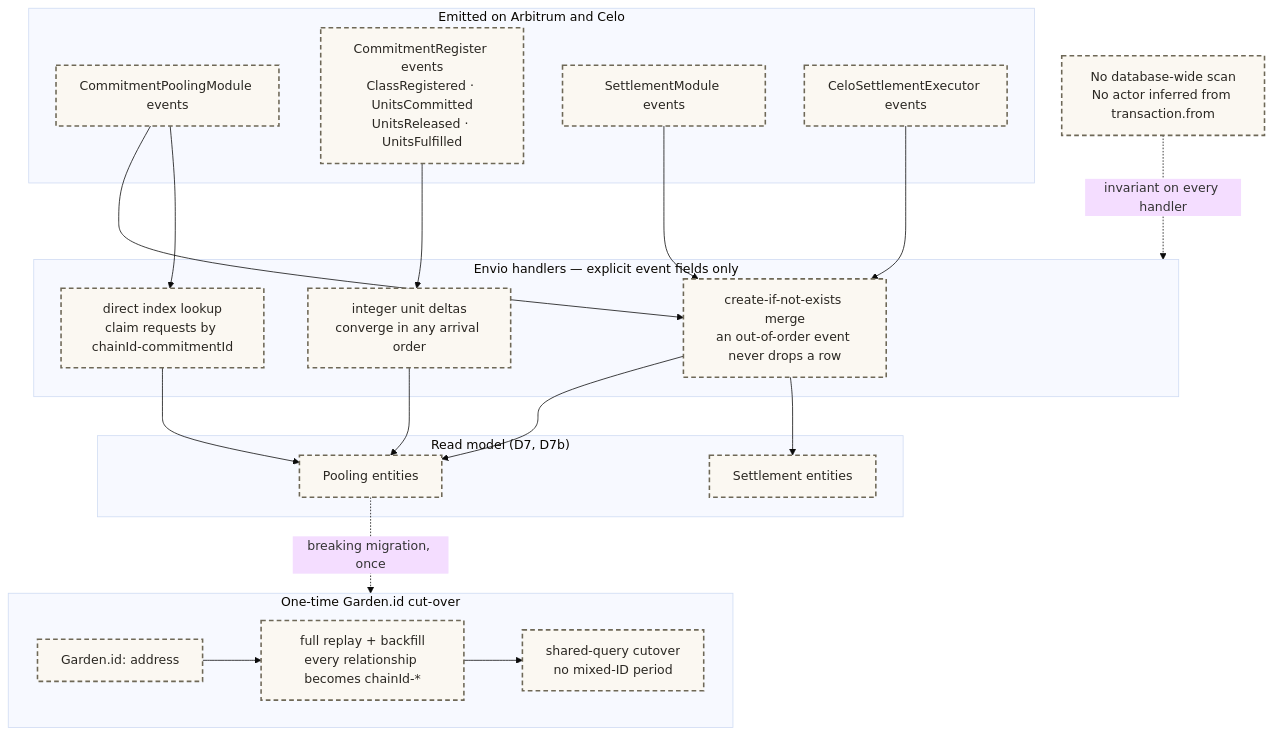
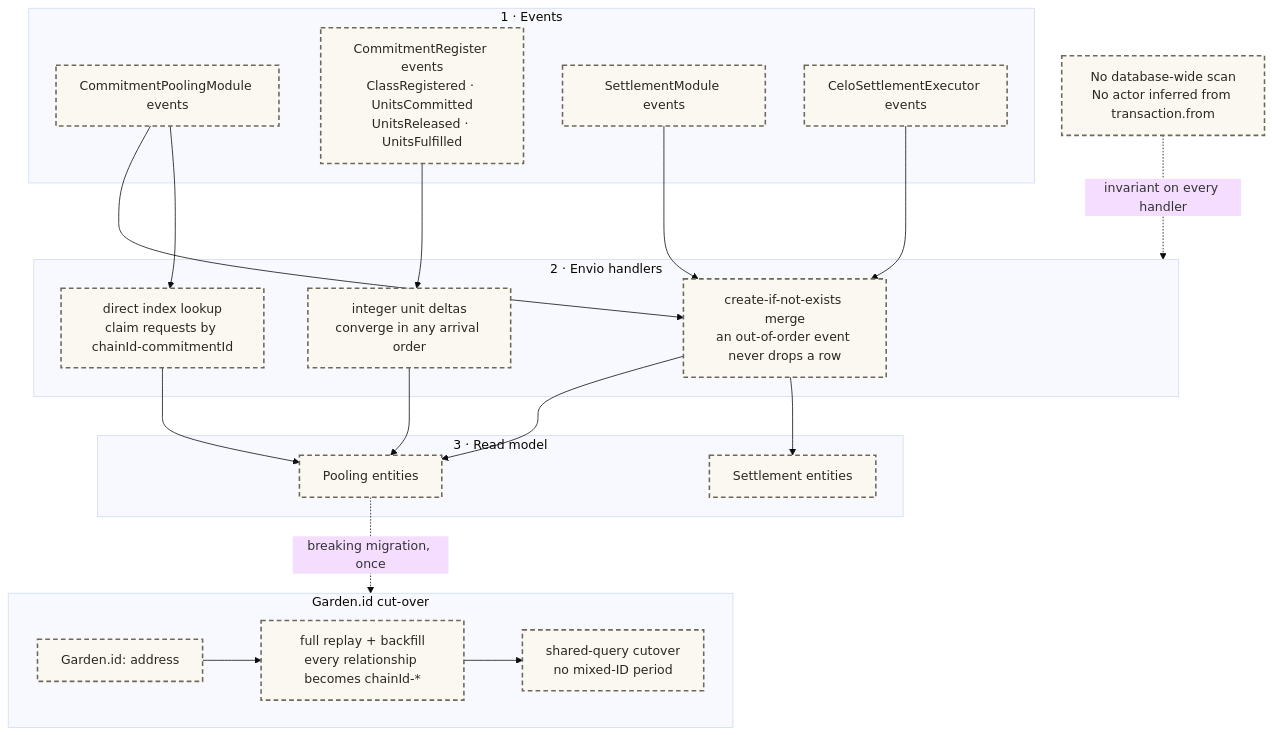
Diagram 19 of 32 in .plans/active/commitment-pooling/diagrams.md (greenpill-dev-guild/green-goods), drawn with Mermaid (base theme) before and after one commit. The commit also changed other lines of this file and 1 other file, not shown here.

First line of the commit message:
docs(plans): fix diagram legibility found by the rendered visual pass

````diff
--- a/.plans/active/commitment-pooling/diagrams.md
+++ b/.plans/active/commitment-pooling/diagrams.md
@@ -969,43 +969,43 @@
 ```mermaid
 flowchart TB
-  subgraph SRC["Emitted on Arbitrum and Celo"]
+  subgraph SRC["1 · Events"]
     EV1["CommitmentPoolingModule events"]
     EV2["CommitmentRegister events<br/>ClassRegistered · UnitsCommitted<br/>UnitsReleased · UnitsFulfilled"]
     EV3["SettlementModule events"]
     EV4["CeloSettlementExecutor events"]
   end
 
-  subgraph H["Envio handlers — explicit event fields only"]
+  subgraph H["2 · Envio handlers"]
     HMERGE["create-if-not-exists merge<br/>an out-of-order event never drops a row"]
     HUNITS["integer unit deltas<br/>converge in any arrival order"]
     HIDX["direct index lookup<br/>claim requests by chainId-commitmentId"]
   end
 
-  subgraph OUT["Read model (D7, D7b)"]
+  subgraph OUT["3 · Read model"]
     E1["Pooling entities"]
     E2["Settlement entities"]
   end
 
   NOSCAN["No database-wide scan<br/>No actor inferred from transaction.from"]
 
   EV1 --> HMERGE
   EV2 --> HUNITS
   EV3 --> HMERGE
   EV4 --> HMERGE
   EV1 --> HIDX
   HMERGE --> E1
   HUNITS --> E1
   HIDX --> E1
   HMERGE --> E2
   NOSCAN -.->|"invariant on every handler"| H
 
-  subgraph MIG["One-time Garden.id cut-over"]
+  subgraph MIG["Garden.id cut-over"]
     M1["Garden.id: address"] --> M2["full replay + backfill<br/>every relationship becomes chainId-*"]
     M2 --> M3["shared-query cutover<br/>no mixed-ID period"]
   end
   E1 -.->|"breaking migration, once"| MIG
 
   classDef built fill:#edf3e8,stroke:#50784a,stroke-width:2px,color:#2a2722
   classDef planned fill:#fbf8f2,stroke:#6e6857,stroke-width:2px,stroke-dasharray:6 4,color:#2a2722
   class EV1,EV2,EV3,EV4,HMERGE,HUNITS,HIDX,E1,E2,M1,M2,M3,NOSCAN planned
 ```
````
